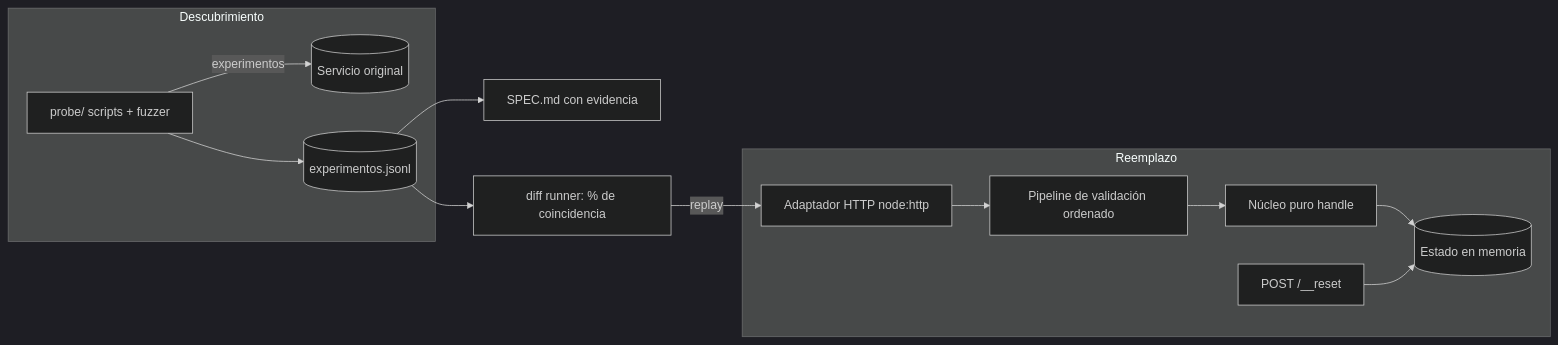
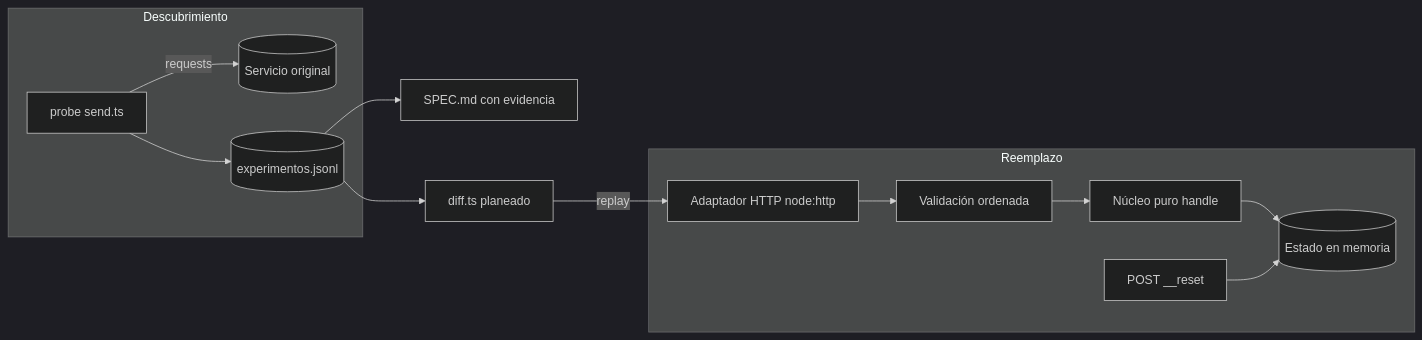
The diagram in DESIGN.md (GabrielProgjAV/frontier-caja-negra), drawn with Mermaid (dark theme) before and after one commit. The commit also changed other lines of this file, not shown here.

````diff
--- a/DESIGN.md
+++ b/DESIGN.md
@@ -45,16 +46,16 @@
 ```mermaid
 flowchart LR
   subgraph Descubrimiento
-    P[probe/ scripts + fuzzer] -->|experimentos| O[(Servicio original)]
-    P --> L[(experimentos.jsonl)]
+    P["probe send.ts"] -->|requests| O[("Servicio original")]
+    P --> L[("experimentos.jsonl")]
   end
-  L --> S[SPEC.md con evidencia]
-  L --> D[diff runner: % de coincidencia]
+  L --> S["SPEC.md con evidencia"]
+  L --> D["diff.ts planeado"]
+  subgraph Reemplazo
+    H["Adaptador HTTP node:http"] --> V["Validación ordenada"]
+    V --> C["Núcleo puro handle"]
+    C --> M[("Estado en memoria")]
+    R["POST __reset"] --> M
+  end
   D -->|replay| H
-  subgraph Reemplazo
-    H[Adaptador HTTP node:http] --> V[Pipeline de validación ordenado]
-    V --> C[Núcleo puro handle]
-    C --> M[(Estado en memoria)]
-    R[POST /__reset] --> M
-  end
 ```
````
